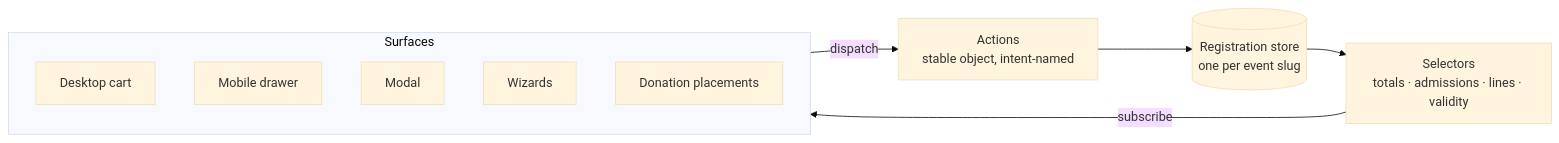
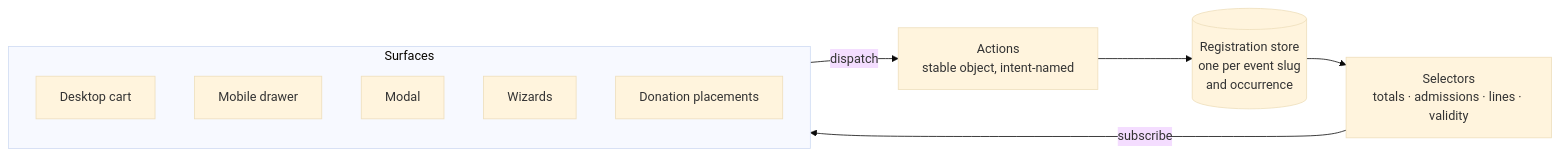
One commit to stage-crew/platform-docs changed diagram 18 of 20 in tickify-event-details-and-registration.md. Above: the diagram before and after it, drawn with Mermaid (base theme). The commit also changed other lines of this file, not shown here.

Commit message:
Updated event details

````diff
--- a/tickify-event-details-and-registration.md
+++ b/tickify-event-details-and-registration.md
@@ -1015,17 +1139,17 @@
 ```mermaid
 flowchart LR
   subgraph Surfaces
     CART["Desktop cart"]
     DRAWER["Mobile drawer"]
     MODAL["Modal"]
     WIZ["Wizards"]
     DONS["Donation placements"]
   end
   ACT["Actions<br/>stable object, intent-named"]
-  STORE[("Registration store<br/>one per event slug")]
+  STORE[("Registration store<br/>one per event slug<br/>and occurrence")]
   SEL["Selectors<br/>totals · admissions · lines · validity"]
   Surfaces -->|dispatch| ACT
   ACT --> STORE
   STORE --> SEL
   SEL -->|subscribe| Surfaces
 ```
````
